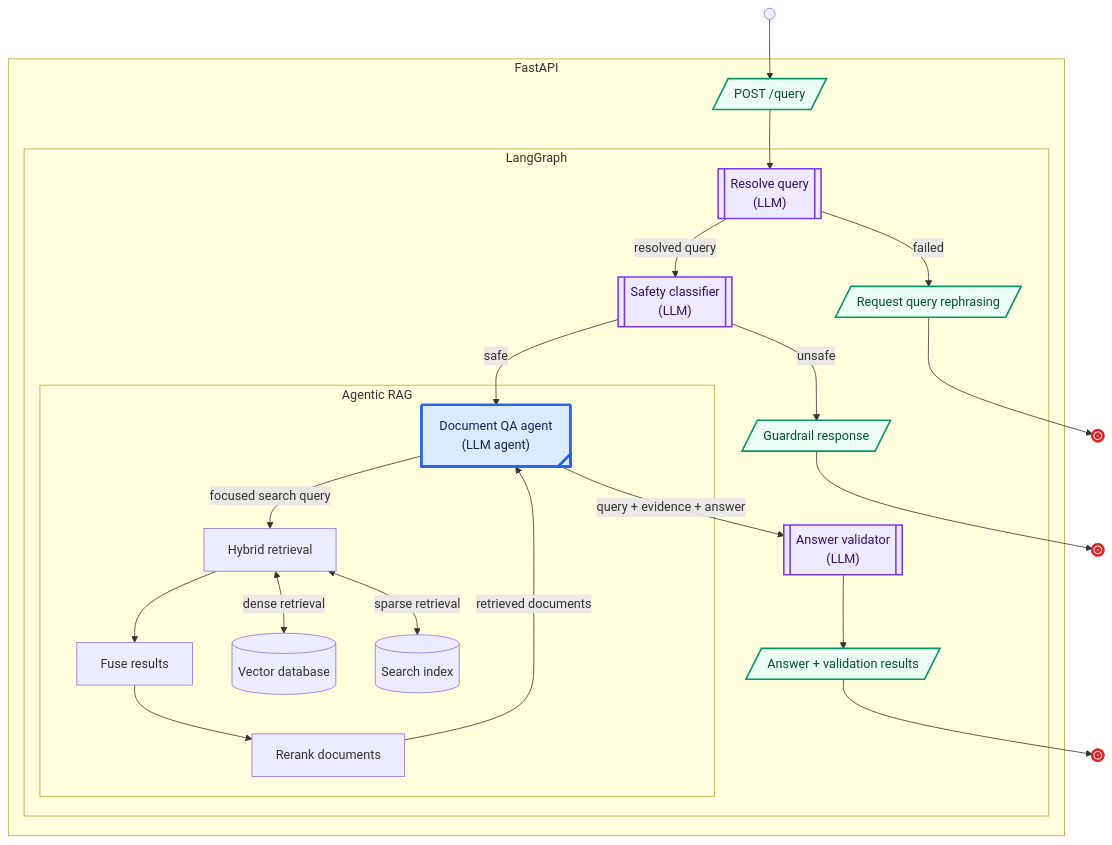
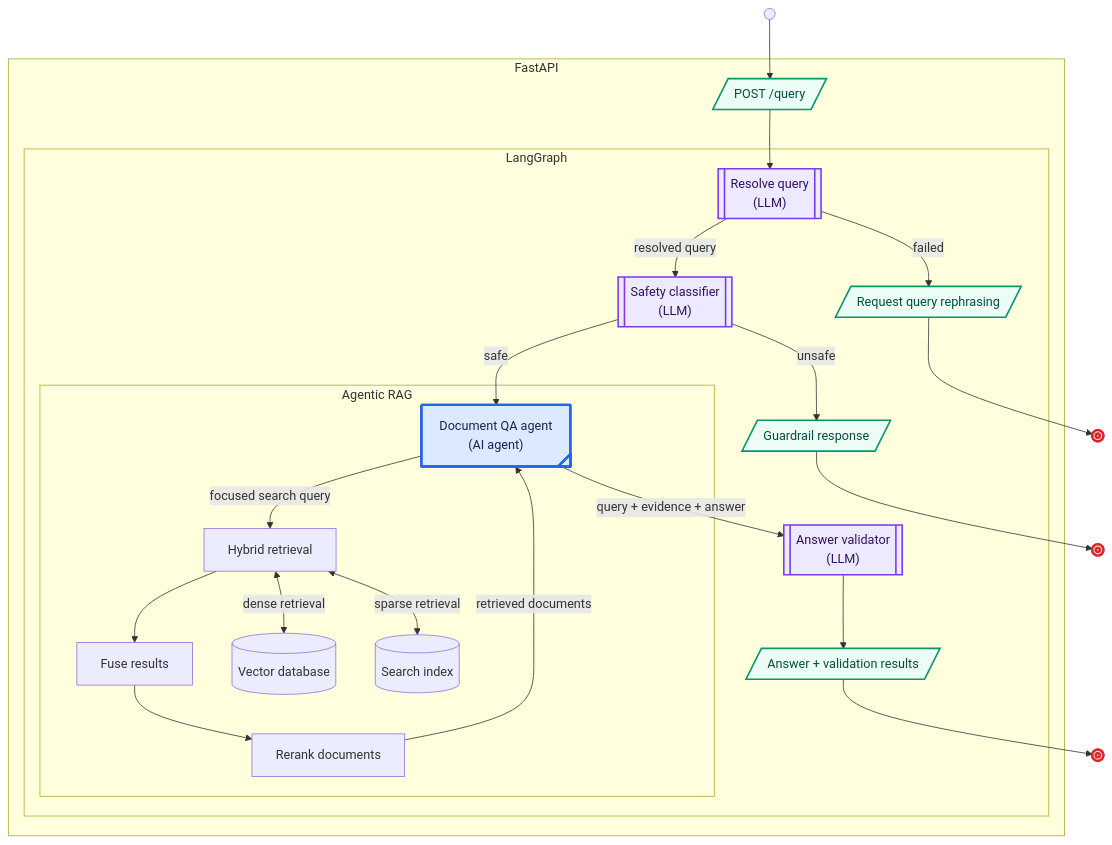
Before and after one commit to sanath95/Document-Knowledge-Base-with-Source-Grounding: the second of 3 diagrams in README.md, drawn with Mermaid. The commit also changed other lines of this file, not shown here.

````diff
--- a/README.md
+++ b/README.md
@@ -42,53 +42,53 @@
 ```mermaid
 flowchart TD
     Start@{ shape: sm-circ, label: "Start" }
     Query@{ shape: lean-r, label: "POST /query" }
 
     Start --> Query
     subgraph FastAPI
         Query --> Context
         subgraph LangGraph
             Context@{ shape: subproc, label: "Resolve query<br/>(LLM)" }
             Rephrase@{ shape: lean-r, label: "Request query rephrasing" }
             Classify@{ shape: subproc, label: "Safety classifier<br/>(LLM)" }
             Guardrail@{ shape: lean-r, label: "Guardrail response" }
-            Agent@{ shape: tag-rect, label: "Document QA agent<br/>(LLM agent)" }
+            Agent@{ shape: tag-rect, label: "Document QA agent<br/>(AI agent)" }
             Validate@{ shape: subproc, label: "Answer validator<br/>(LLM)" }
             Result@{ shape: lean-r, label: "Answer + validation results" }
 
             Context -->|failed| Rephrase
             Context -->|resolved query| Classify
             Classify -->|unsafe| Guardrail
             Classify -->|safe| Agent
             Agent -->|query + evidence + answer| Validate
             Validate --> Result
 
             subgraph Agentic_RAG["Agentic RAG"]
                 Retrieve["Hybrid retrieval"]
                 Fuse["Fuse results"]
                 Rerank["Rerank documents"]
 
                 Agent -->|focused search query| Retrieve
                 Retrieve --> Fuse
                 Retrieve <--> |dense retrieval| VectorDatabase@{ shape: cyl, label: "Vector database" }
                 Retrieve <--> |sparse retrieval| Index@{ shape: cyl, label: "Search index" }
                 Fuse --> Rerank
                 Rerank -->|retrieved documents| Agent
             end
         end
     end
 
     Rephrase --> StopRephrase@{ shape: framed-circle, label: "Stop" }
     Guardrail --> StopGuardrail@{ shape: framed-circle, label: "Stop" }
     Result --> StopResult@{ shape: framed-circle, label: "Stop" }
 
     classDef llm fill:#ede9fe,stroke:#7c3aed,stroke-width:2px,color:#2e1065
     classDef agent fill:#dbeafe,stroke:#2563eb,stroke-width:3px,color:#172554
     classDef io fill:#ecfdf5,stroke:#059669,stroke-width:2px,color:#064e3b
     classDef terminal fill:#fee2e2,stroke:#dc2626,stroke-width:3px,color:#7f1d1d
 
     class Context,Classify,Validate llm
     class Agent agent
     class Query,Rephrase,Guardrail,Result io
     class Start,StopRephrase,StopGuardrail,StopResult terminal
 ```
````
